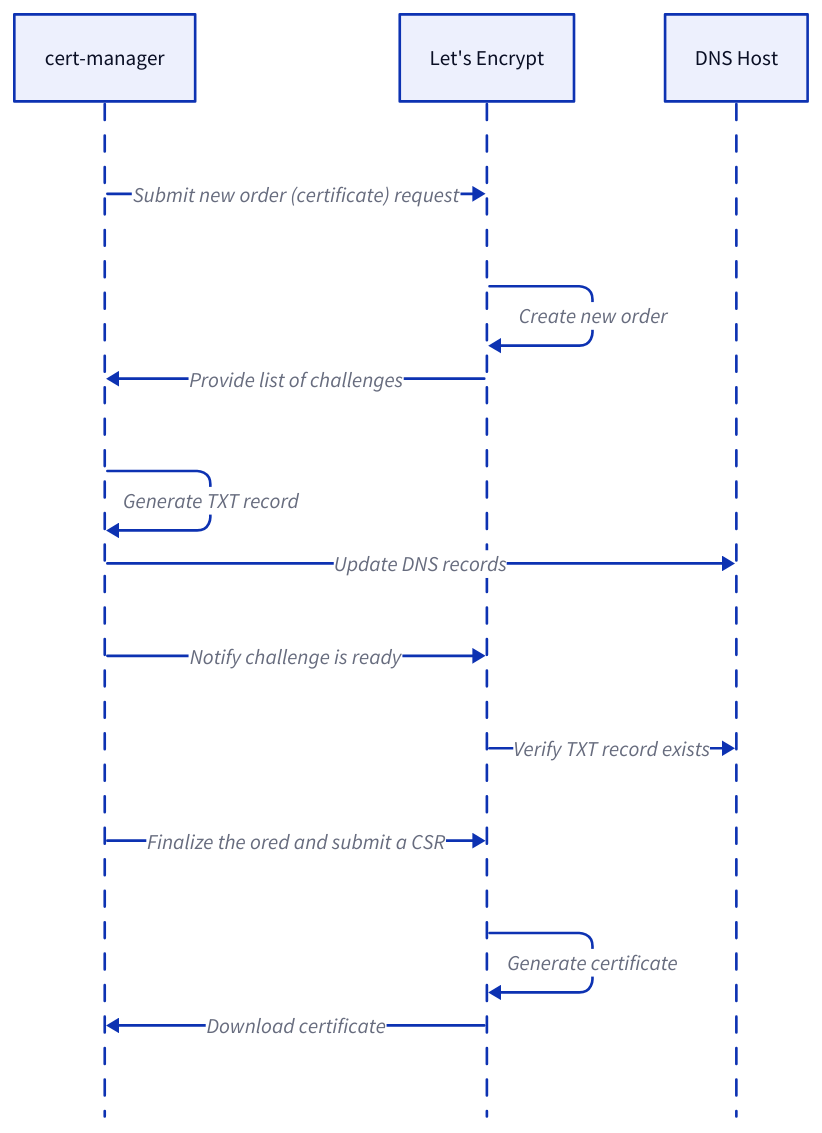
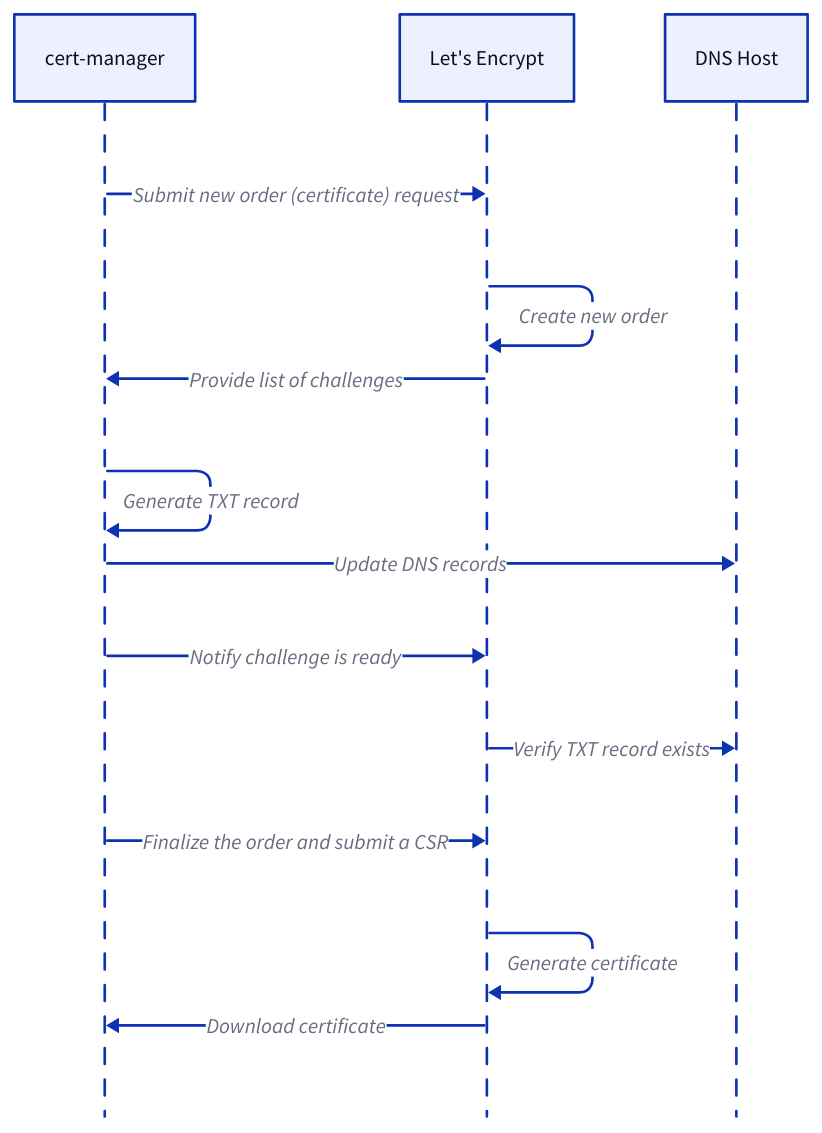
Before and after one commit to ilmax/site: the diagram in content/posts/k3s-raspberry-tls/dns01.d2, drawn with D2. The commit also changed 2 other files, not shown here.

```diff
--- a/content/posts/k3s-raspberry-tls/dns01.d2
+++ b/content/posts/k3s-raspberry-tls/dns01.d2
@@ -1,16 +1,16 @@
 shape: sequence_diagram
 
 cert-manager: cert-manager
 let'sencrypt: Let's Encrypt
 DNS-host: DNS Host
 
 cert-manager -> let'sencrypt: Submit new order (certificate) request
 let'sencrypt -> let'sencrypt: Create new order
 let'sencrypt -> cert-manager: Provide list of challenges
 cert-manager -> cert-manager: Generate TXT record
 cert-manager -> DNS-host: Update DNS records
 cert-manager -> let'sencrypt: Notify challenge is ready
 let'sencrypt -> DNS-host: Verify TXT record exists
-cert-manager -> let'sencrypt: Finalize the ored and submit a CSR
+cert-manager -> let'sencrypt: Finalize the order and submit a CSR
 let'sencrypt -> let'sencrypt: Generate certificate
 cert-manager <- let'sencrypt: Download certificate
```
